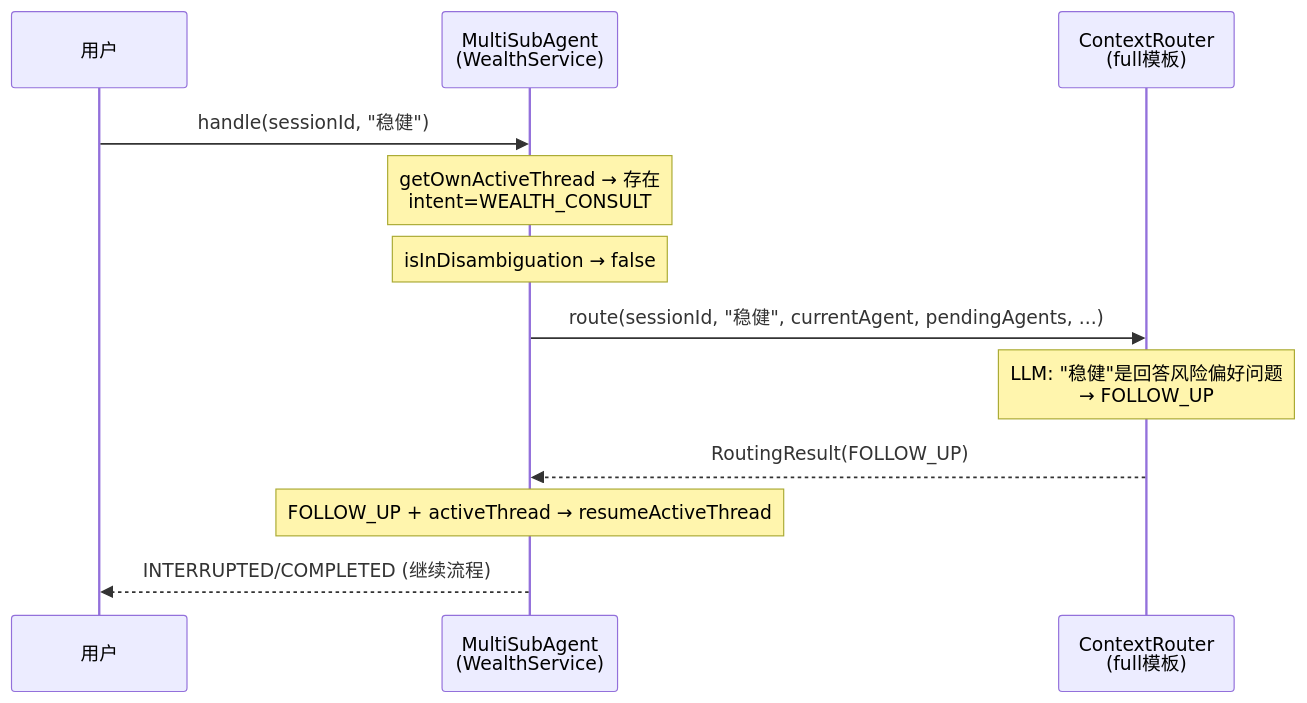
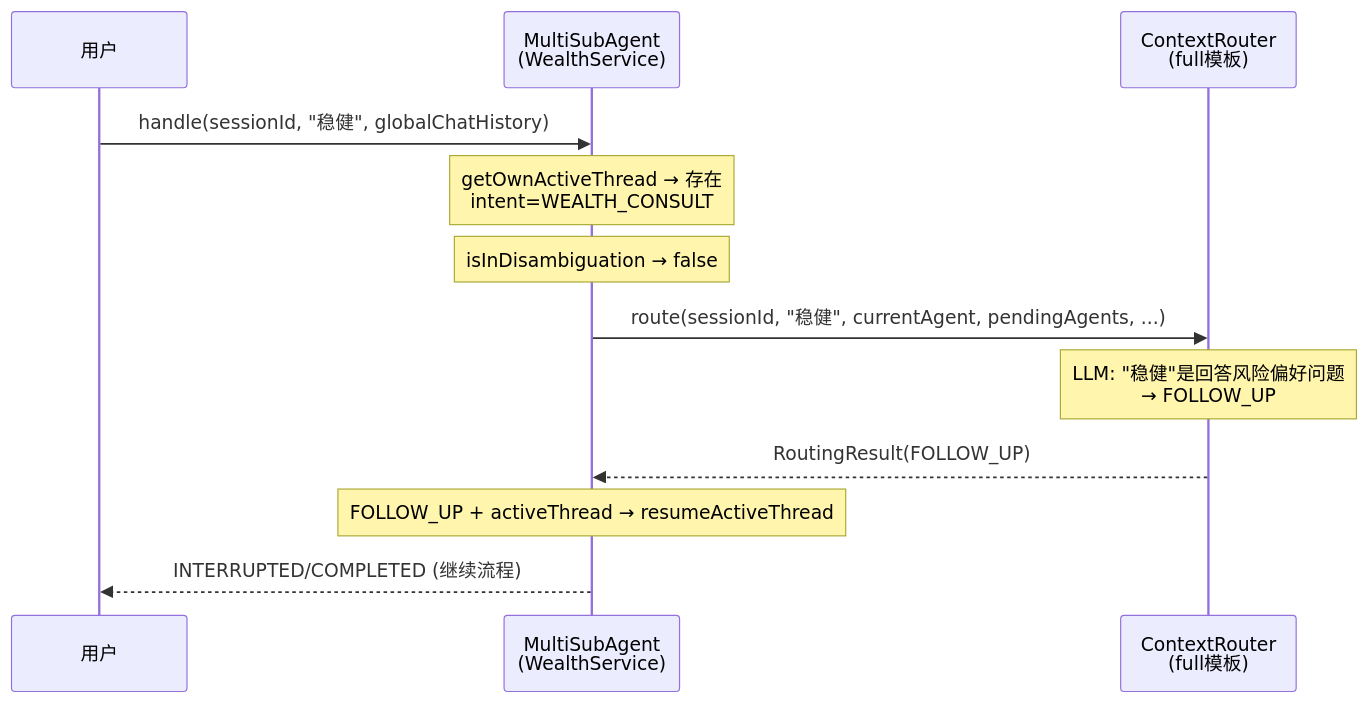
One commit to michael-lin-45/mobile-ai-bank-demo---workbuddy changed the seventh of 18 diagrams in ARCHITECTURE-FULL.md. Above: the diagram before and after it, drawn with Mermaid. The commit also changed other lines of this file and 15 other files, not shown here.

````diff
--- a/ARCHITECTURE-FULL.md
+++ b/ARCHITECTURE-FULL.md
@@ -540,15 +547,15 @@
 ```mermaid
 sequenceDiagram
     participant U as 用户
     participant MSAD as MultiSubAgent<br/>(WealthService)
     participant CR as ContextRouter<br/>(full模板)
 
-    U->>MSAD: handle(sessionId, "稳健")
+    U->>MSAD: handle(sessionId, "稳健", globalChatHistory)
     Note over MSAD: getOwnActiveThread → 存在<br/>intent=WEALTH_CONSULT
     Note over MSAD: isInDisambiguation → false
     MSAD->>CR: route(sessionId, "稳健", currentAgent, pendingAgents, ...)
     Note over CR: LLM: "稳健"是回答风险偏好问题<br/>→ FOLLOW_UP
     CR-->>MSAD: RoutingResult(FOLLOW_UP)
     Note over MSAD: FOLLOW_UP + activeThread → resumeActiveThread
     MSAD-->>U: INTERRUPTED/COMPLETED (继续流程)
 ```
````
